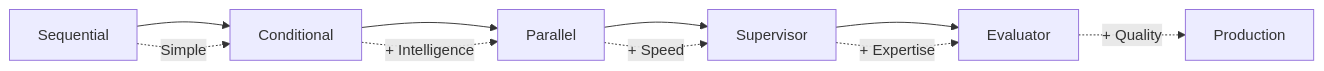
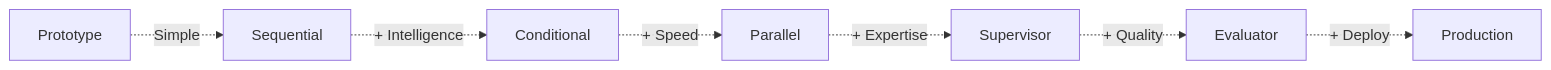
One commit to rulala/fac-ws_ai_multi-agent changed the first of 10 diagrams in PATTERNS.md. Above: the diagram before and after it, drawn with Mermaid.

````diff
--- a/PATTERNS.md
+++ b/PATTERNS.md
@@ -5,13 +5,9 @@
 ```mermaid
 graph LR
-    A[Sequential] --> B[Conditional]
-    B --> C[Parallel]
-    C --> D[Supervisor]
-    D --> E[Evaluator]
-
-    A -.->|Simple| B
-    B -.->|+ Intelligence| C
-    C -.->|+ Speed| D
-    D -.->|+ Expertise| E
-    E -.->|+ Quality| F[Production]
+    Start[Prototype] -.->|Simple| A[Sequential]
+    A -.->|+ Intelligence| B[Conditional]
+    B -.->|+ Speed| C[Parallel]
+    C -.->|+ Expertise| D[Supervisor]
+    D -.->|+ Quality| E[Evaluator]
+    E -.->|+ Deploy| F[Production]
 ```
````
